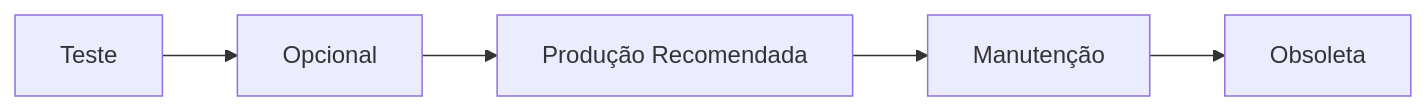
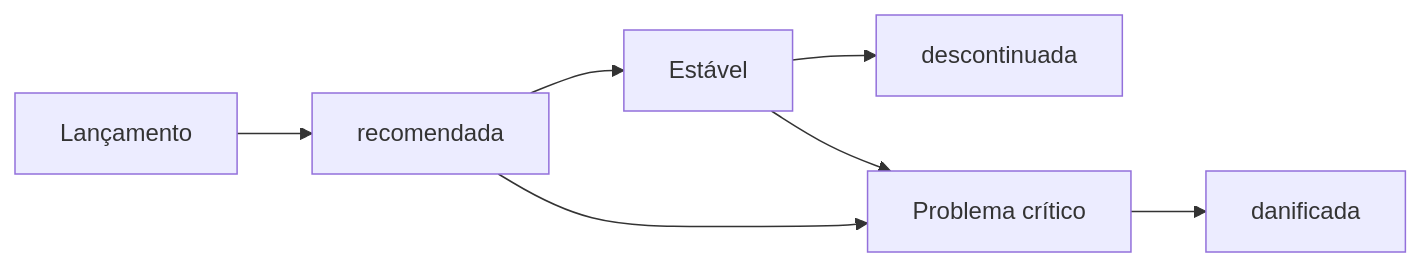
The diagram in releases/policy.md (Rentbrella-org/Rentbrella-org.github.io), drawn with Mermaid before and after one commit. The commit also changed other lines of this file and 56 other files, not shown here.

First line of the commit message:
Migra o portal de RBX-01 para fw-rb-main e atualiza o schema de versões.

````diff
--- a/releases/policy.md
+++ b/releases/policy.md
@@ -14,7 +14,9 @@
 ```mermaid
 flowchart LR
-    test[Teste] --> optional[Opcional]
-    optional --> recommended[Produção Recomendada]
-    recommended --> maintenance[Manutenção]
-    maintenance --> obsolete[Obsoleta]
+    lancamento[Lançamento] --> recomendada
+    recomendada --> estavel[Estável]
+    estavel --> descontinuada
+    recomendada --> problemaCritico[Problema crítico]
+    estavel --> problemaCritico
+    problemaCritico --> danificada
 ```
````
